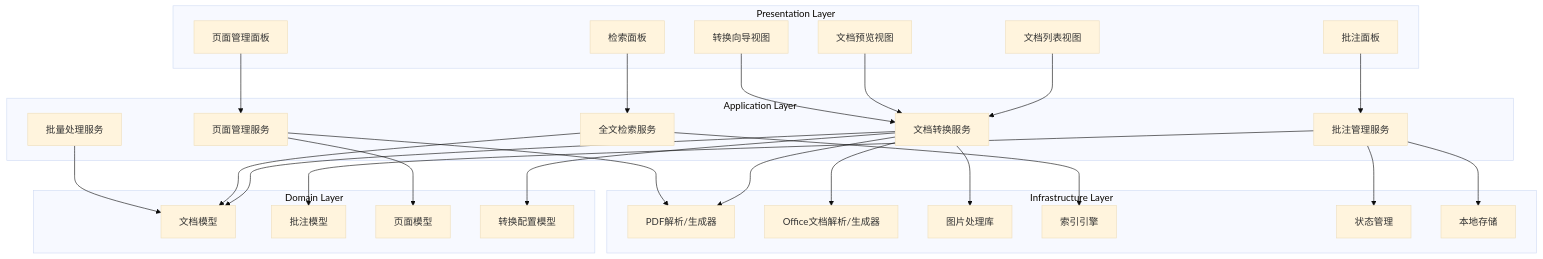
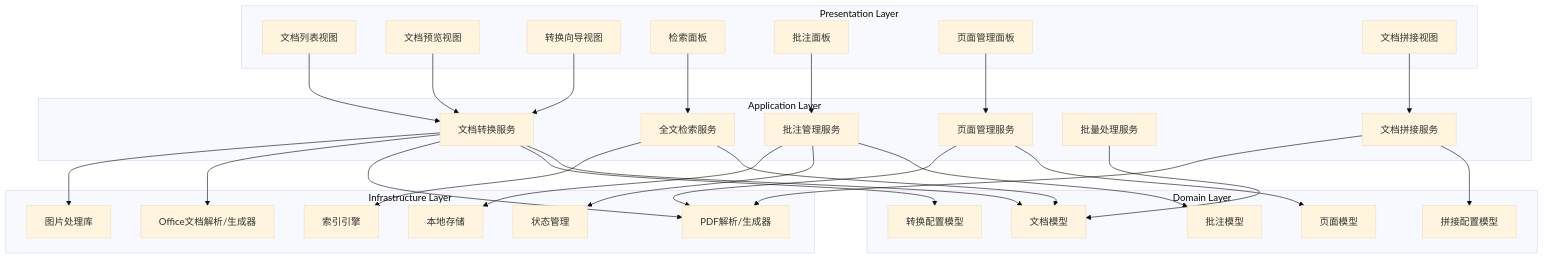
Before and after one commit to lbyssssss/Document-Processing-Tool-: the diagram in .monkeycode/specs/2026-02-26-document-processor/design.md, drawn with Mermaid (base theme). The commit also changed other lines of this file and 1 other file, not shown here.

````diff
--- a/.monkeycode/specs/2026-02-26-document-processor/design.md
+++ b/.monkeycode/specs/2026-02-26-document-processor/design.md
@@ -14,57 +14,63 @@
 ```mermaid
 graph TB
     subgraph "Presentation Layer"
         A1[文档列表视图]
         A2[文档预览视图]
         A3[转换向导视图]
         A4[检索面板]
         A5[批注面板]
         A6[页面管理面板]
+        A7[文档拼接视图]
     end
 
     subgraph "Application Layer"
         B1[文档转换服务]
         B2[全文检索服务]
         B3[批注管理服务]
         B4[页面管理服务]
         B5[批量处理服务]
+        B6[文档拼接服务]
     end
 
     subgraph "Domain Layer"
         C1[文档模型]
         C2[批注模型]
         C3[页面模型]
         C4[转换配置模型]
+        C5[拼接配置模型]
     end
 
     subgraph "Infrastructure Layer"
         D1[PDF解析/生成器]
         D2[Office文档解析/生成器]
         D3[图片处理库]
         D4[索引引擎]
         D5[状态管理]
         D6[本地存储]
     end
 
     A1 --> B1
     A2 --> B1
     A3 --> B1
     A4 --> B2
     A5 --> B3
     A6 --> B4
+    A7 --> B6
 
     B1 --> C1
     B1 --> C4
     B2 --> C1
     B3 --> C2
     B4 --> C3
     B5 --> C1
+    B6 --> C5
 
     B1 --> D1
     B1 --> D2
     B1 --> D3
     B2 --> D4
     B3 --> D5
     B3 --> D6
     B4 --> D1
+    B6 --> D1
 ```
````
